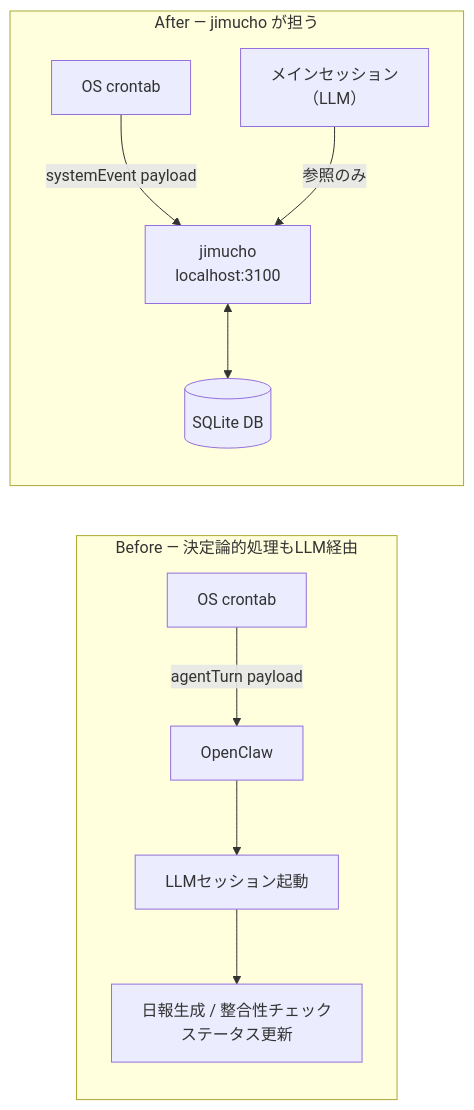
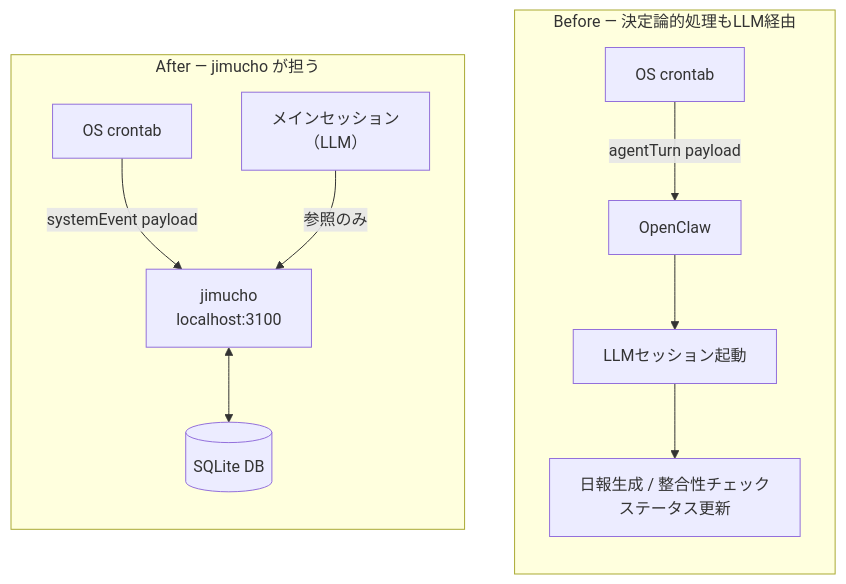
Before and after one commit to imudak/maruhuku-contents: the first of 2 diagrams in articles/ai-autonomous-workflow-delegation.md, drawn with Mermaid.

Commit message:
fix: 構成図の表示順序をBefore→Afterに修正

````diff
--- a/articles/ai-autonomous-workflow-delegation.md
+++ b/articles/ai-autonomous-workflow-delegation.md
@@ -60,24 +60,24 @@
 ```mermaid
-flowchart LR
+flowchart TB
     subgraph BEFORE["Before — 決定論的処理もLLM経由"]
         direction TB
         b_cron["OS crontab"]
         b_oc["OpenClaw"]
         b_llm["LLMセッション起動"]
         b_tasks["日報生成 / 整合性チェック\nステータス更新"]
         b_cron -->|"agentTurn payload"| b_oc
         b_oc --> b_llm
         b_llm --> b_tasks
     end
 
     subgraph AFTER["After — jimucho が担う"]
         direction TB
         a_cron["OS crontab"]
         a_jimucho["jimucho\nlocalhost:3100"]
         a_db[(SQLite DB)]
         a_main["メインセッション\n（LLM）"]
         a_cron -->|"systemEvent payload"| a_jimucho
         a_jimucho <--> a_db
         a_main -->|"参照のみ"| a_jimucho
     end
 ```
````
